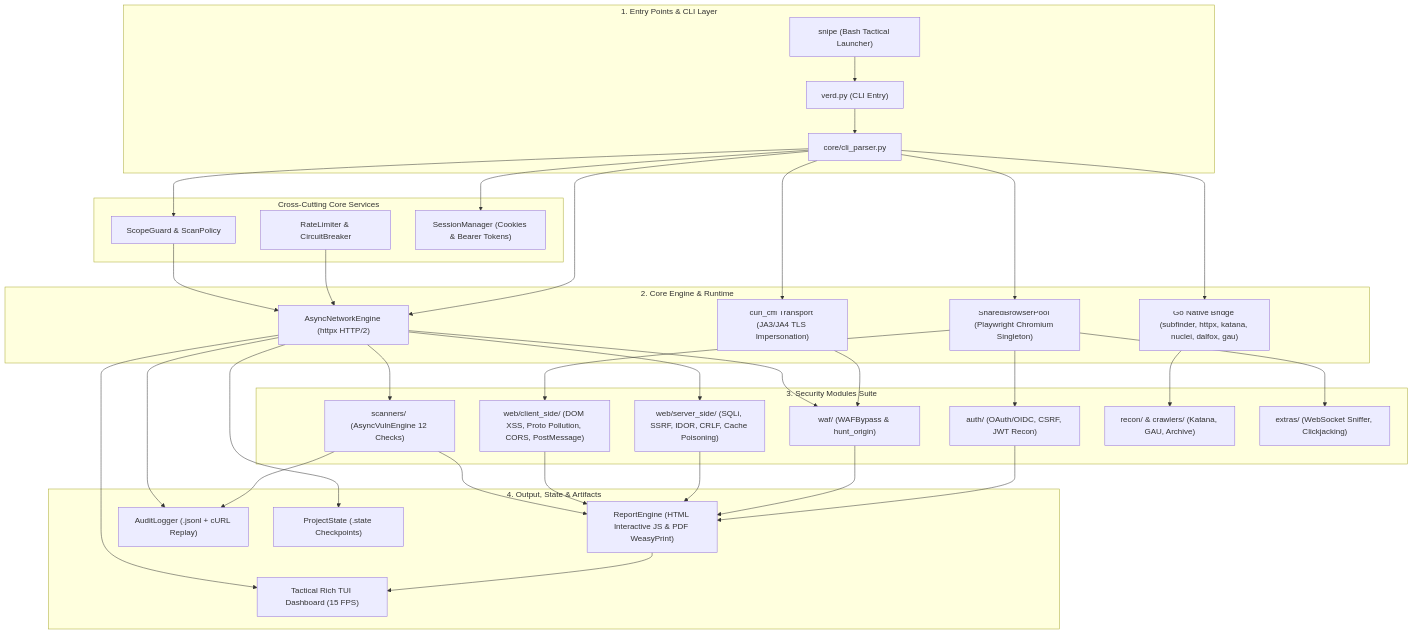
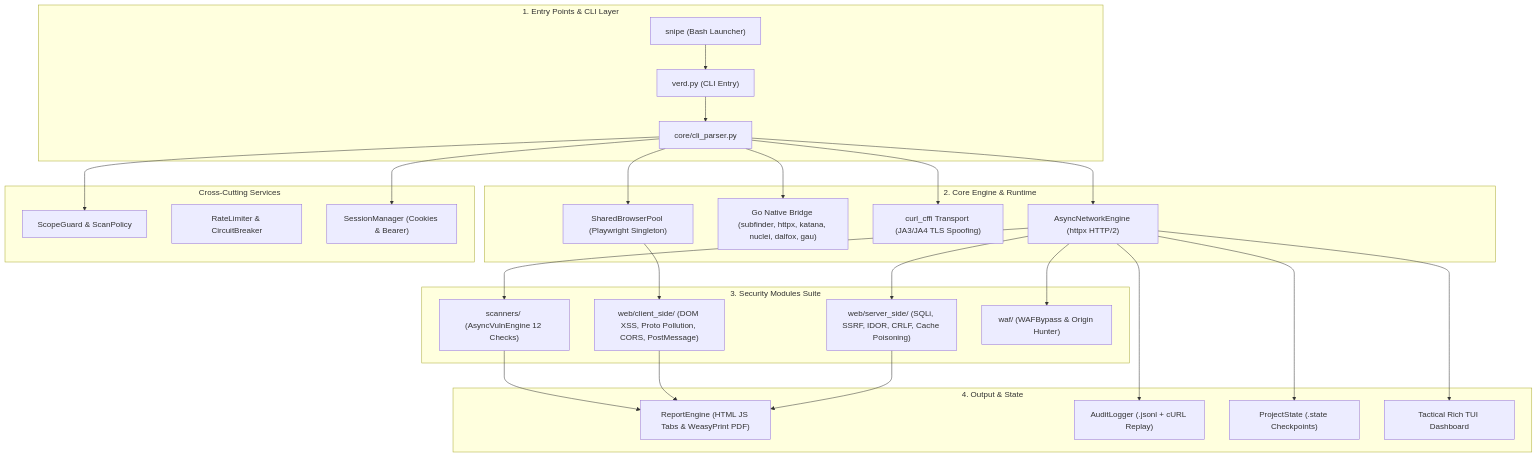
One commit to Samasta-Baskara/Verdamt-Snipe changed the first of 2 diagrams in README.md. Above: the diagram before and after it, drawn with Mermaid. The commit also changed other lines of this file and 5 other files, not shown here.

````diff
--- a/README.md
+++ b/README.md
@@ -78,70 +85,43 @@
 ```mermaid
 graph TD
     subgraph Layer1 ["1. Entry Points & CLI Layer"]
         CLI["verd.py (CLI Entry)"]
-        Launcher["snipe (Bash Tactical Launcher)"]
+        Launcher["snipe (Bash Launcher)"]
         Parser["core/cli_parser.py"]
         CLI --> Parser
         Launcher --> CLI
     end
 
     subgraph Layer2 ["2. Core Engine & Runtime"]
         Engine["AsyncNetworkEngine (httpx HTTP/2)"]
         GoBridge["Go Native Bridge (subfinder, httpx, katana, nuclei, dalfox, gau)"]
-        TLS["curl_cffi Transport (JA3/JA4 TLS Impersonation)"]
-        BrowserPool["SharedBrowserPool (Playwright Chromium Singleton)"]
+        TLS["curl_cffi Transport (JA3/JA4 TLS Spoofing)"]
+        BrowserPool["SharedBrowserPool (Playwright Singleton)"]
     end
 
-    subgraph CrossCutting ["Cross-Cutting Core Services"]
+    subgraph CrossCutting ["Cross-Cutting Services"]
         Scope["ScopeGuard & ScanPolicy"]
         Rate["RateLimiter & CircuitBreaker"]
-        Session["SessionManager (Cookies & Bearer Tokens)"]
+        Session["SessionManager (Cookies & Bearer)"]
     end
 
     subgraph Layer3 ["3. Security Modules Suite"]
         Scanners["scanners/ (AsyncVulnEngine 12 Checks)"]
         ClientSide["web/client_side/ (DOM XSS, Proto Pollution, CORS, PostMessage)"]
         ServerSide["web/server_side/ (SQLi, SSRF, IDOR, CRLF, Cache Poisoning)"]
-        WAF["waf/ (WAFBypass & hunt_origin)"]
-        Auth["auth/ (OAuth/OIDC, CSRF, JWT Recon)"]
-        Recon["recon/ & crawlers/ (Katana, GAU, Archive)"]
-        Extras["extras/ (WebSocket Sniffer, Clickjacking)"]
+        WAF["waf/ (WAFBypass & Origin Hunter)"]
     end
 
-    subgraph Layer4 ["4. Output, State & Artifacts"]
-        RepEngine["ReportEngine (HTML Interactive JS & PDF WeasyPrint)"]
+    subgraph Layer4 ["4. Output & State"]
+        RepEngine["ReportEngine (HTML JS Tabs & WeasyPrint PDF)"]
         Audit["AuditLogger (.jsonl + cURL Replay)"]
         State["ProjectState (.state Checkpoints)"]
-        TUI["Tactical Rich TUI Dashboard (15 FPS)"]
+        TUI["Tactical Rich TUI Dashboard"]
     end
 
-    Parser --> Scope
-    Parser --> Session
-    Scope --> Engine
-    Rate --> Engine
-    Parser --> Engine
-    Parser --> GoBridge
-    Parser --> TLS
-    Parser --> BrowserPool
-
-    Engine --> Scanners
-    Engine --> ServerSide
-    Engine --> WAF
-    TLS --> WAF
-    GoBridge --> Recon
+    Parser --> Scope & Session & Engine & GoBridge & TLS & BrowserPool
+    Engine --> Scanners & ServerSide & WAF
     BrowserPool --> ClientSide
-    BrowserPool --> Auth
-    BrowserPool --> Extras
-
-    Scanners --> RepEngine
-    ClientSide --> RepEngine
-    ServerSide --> RepEngine
-    WAF --> RepEngine
-    Auth --> RepEngine
-
-    Engine --> Audit
-    Scanners --> Audit
-    Engine --> State
-    Engine --> TUI
-    RepEngine --> TUI
+    Scanners & ClientSide & ServerSide --> RepEngine
+    Engine --> Audit & State & TUI
 ```
````
